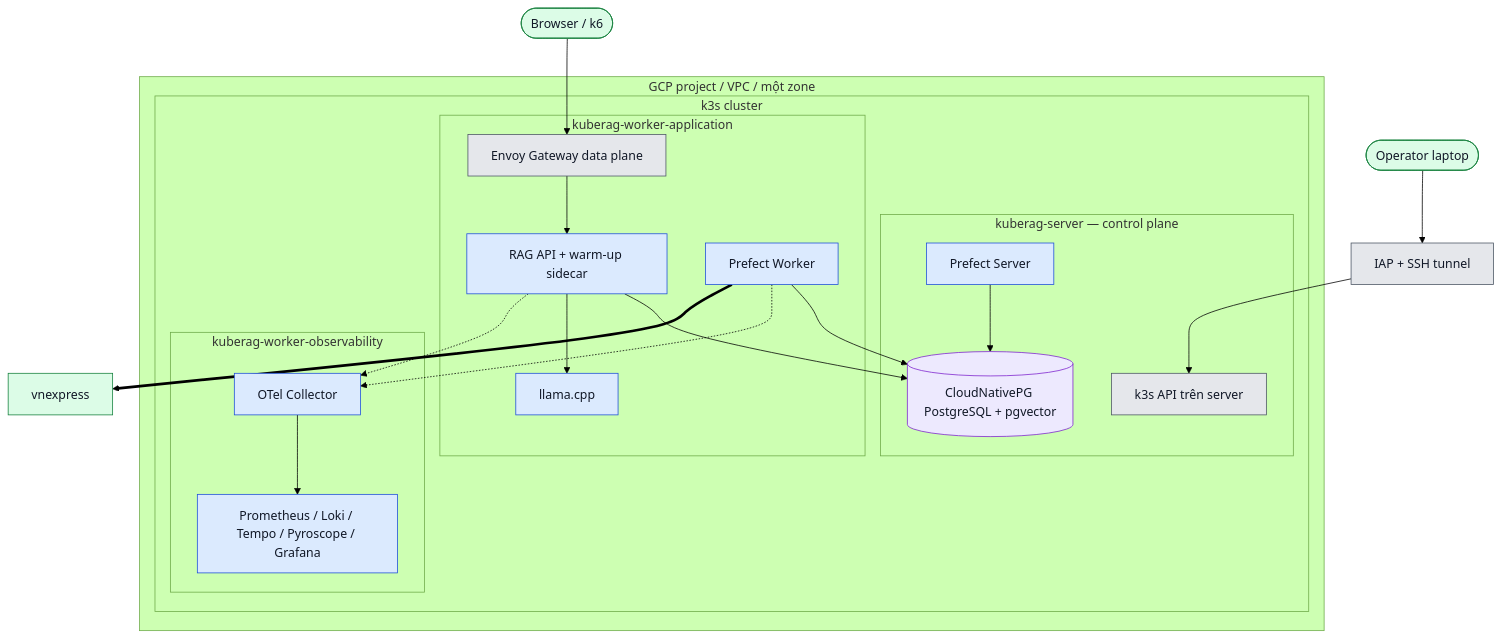
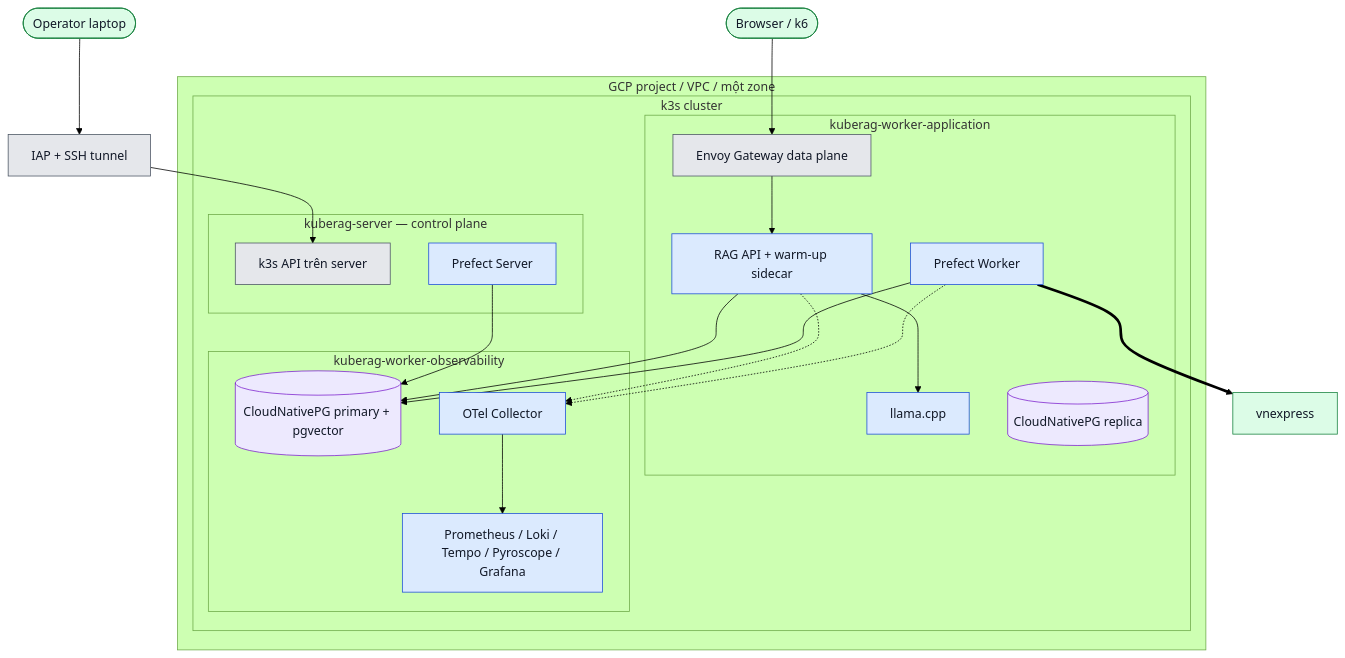
The diagram in docs/architecture/l2-deployment-gcp.md (ngochai2909/kuberag-platform), drawn with Mermaid (forest theme) before and after one commit. The commit also changed other lines of this file and 19 other files, not shown here.

````diff
--- a/docs/architecture/l2-deployment-gcp.md
+++ b/docs/architecture/l2-deployment-gcp.md
@@ -15,46 +15,47 @@
 ```mermaid
 flowchart TB
     browser([Browser / k6]) --> gateway[Envoy Gateway data plane]
     admin([Operator laptop]) --> iap[IAP + SSH tunnel]
     iap --> control[k3s API trên server]
 
     subgraph gcp[GCP project / VPC / một zone]
       subgraph cluster[k3s cluster]
         subgraph server[kuberag-server — control plane]
           control
-          pg[(CloudNativePG PostgreSQL + pgvector)]
           prefectServer[Prefect Server]
         end
         subgraph application[kuberag-worker-application]
           gateway
           api[RAG API + warm-up sidecar]
           llm[llama.cpp]
           worker[Prefect Worker]
+          pgReplica[(CloudNativePG replica)]
         end
         subgraph obsNode[kuberag-worker-observability]
+          pgPrimary[(CloudNativePG primary + pgvector)]
           telemetry[OTel Collector]
           obs[Prometheus / Loki / Tempo / Pyroscope / Grafana]
         end
       end
     end
 
     gateway --> api
-    api --> pg
+    api --> pgPrimary
     api --> llm
-    worker --> pg
-    prefectServer --> pg
+    worker --> pgPrimary
+    prefectServer --> pgPrimary
     api -.-> telemetry
     worker -.-> telemetry
     telemetry --> obs
     worker ==> vnexpress
 
     classDef infra fill:#e5e7eb,stroke:#4b5563,color:#111827;
     classDef owned fill:#dbeafe,stroke:#1d4ed8,color:#111827;
     classDef datastore fill:#ede9fe,stroke:#7e22ce,color:#111827;
     classDef sensitive fill:#fee2e2,stroke:#b91c1c,color:#111827;
     classDef entity fill:#dcfce7,stroke:#15803d,color:#111827;
     class gateway,control,iap infra;
     class api,llm,worker,prefectServer,telemetry,obs owned;
-    class pg datastore;
+    class pgPrimary,pgReplica datastore;
     class browser,admin,vnexpress entity;
 ```
````
